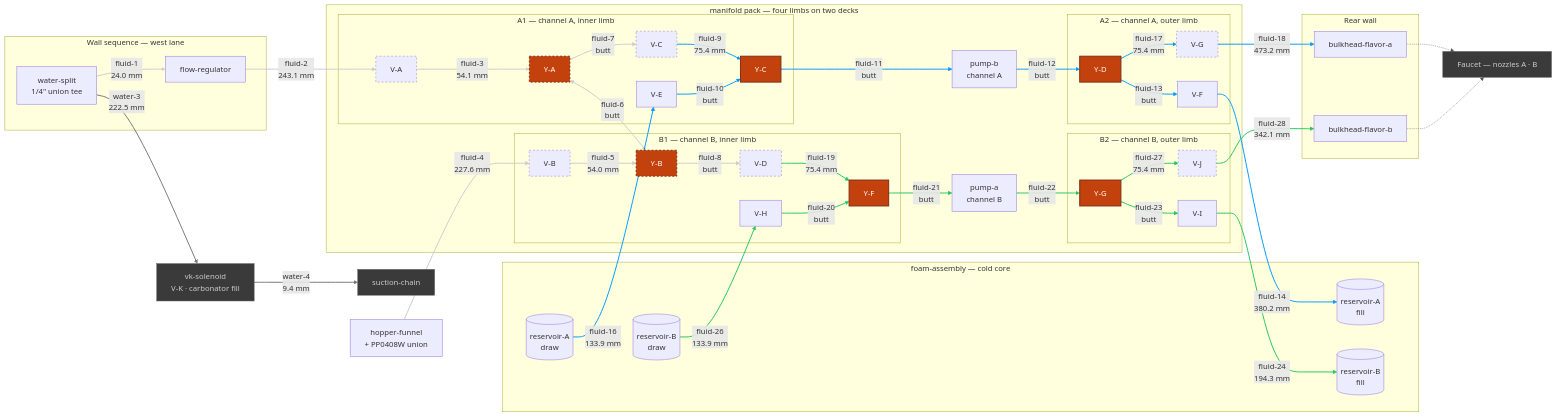
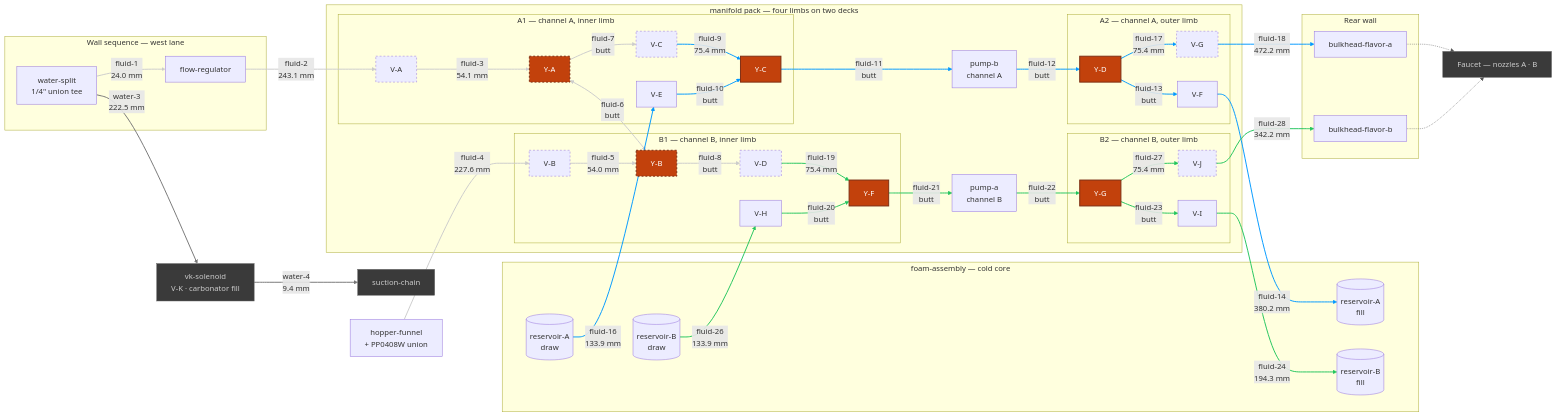
One commit to derekbreden/homesodamachine changed the diagram in hardware/topology/fluid-topology-manifold.mmd. Above: the diagram before and after it, drawn with Mermaid. The commit also changed 36 other files, not shown here.

```diff
--- a/hardware/topology/fluid-topology-manifold.mmd
+++ b/hardware/topology/fluid-topology-manifold.mmd
@@ -14,8 +14,8 @@
   %% [26](SEGMENT_COUNT) flavor segments. [11](BUTT_COUNT) are collet butted to collet and carry
   %% no tube at all; [9](DRAWN_COUNT) are swept runs between placed bodies; the rest are the
   %% hinge's four hairpins and the source pair's two quarter-and-step turns. What is cut comes to
-  %% [2561.9 mm](FLUID_TOTAL) of 1/4" LLDPE over [47](FLUID_BENDS) corners, and the longest is
-  %% [fluid-18](LONGEST_ID) at [473.2 mm](LONGEST_LEN). [0](OPEN_COUNT) are mouths with nothing
+  %% [2561.1 mm](FLUID_TOTAL) of 1/4" LLDPE over [47](FLUID_BENDS) corners, and the longest is
+  %% [fluid-18](LONGEST_ID) at [472.2 mm](LONGEST_LEN). [0](OPEN_COUNT) are mouths with nothing
   %% on the far end of them: EVERY FLAVOR SEGMENT IN THIS CHART IS MADE. The hopper's gravity
   %% drain is drawn like the rest — the funnel is seated in the box rather than placed in the
   %% pack, so `fluid-4` is authored after the box exists, off the same frames.
@@ -141,7 +141,7 @@
   VF -->|"fluid-14<br/>380.2 mm"| ResAFill
   ResA -->|"fluid-16<br/>133.9 mm"| VE
   YD -->|"fluid-17<br/>75.4 mm"| VG
-  VG -->|"fluid-18<br/>473.2 mm"| BhA
+  VG -->|"fluid-18<br/>472.2 mm"| BhA
 
   %% =========================
   %% Channel B — fluid-19 … fluid-28
@@ -157,7 +157,7 @@
   VI -->|"fluid-24<br/>194.3 mm"| ResBFill
   ResB -->|"fluid-26<br/>133.9 mm"| VH
   YG -->|"fluid-27<br/>75.4 mm"| VJ
-  VJ -->|"fluid-28<br/>342.1 mm"| BhB
+  VJ -->|"fluid-28<br/>342.2 mm"| BhB
 
   %% =========================
   %% V-K's own two runs — the carbonator circuit, through this bay
```
